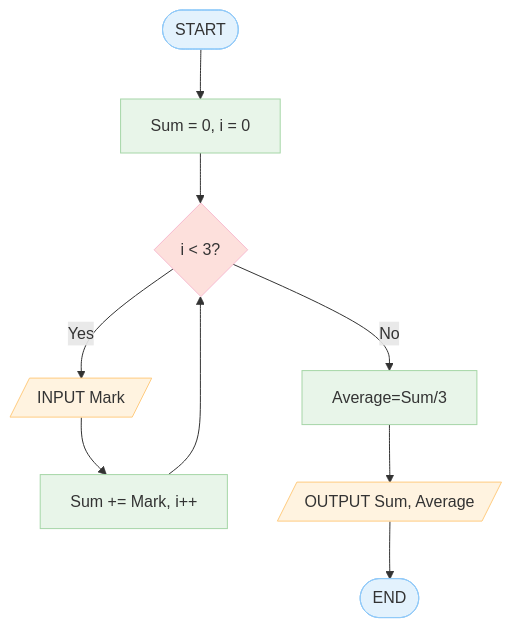
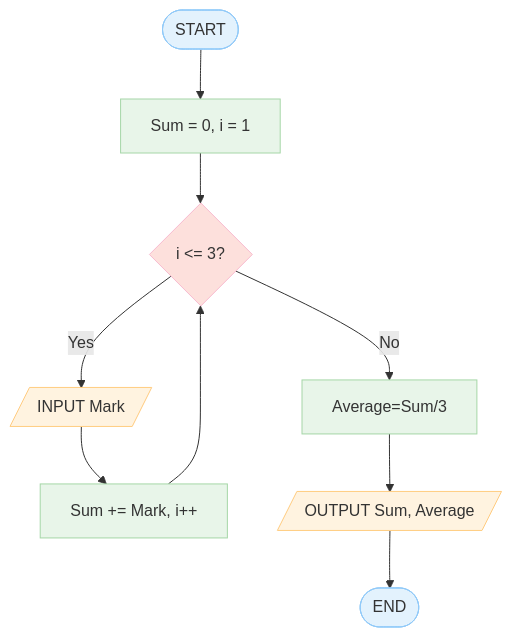
One commit to IsaVII/2_Alogritm-Flowchart changed the second of 4 diagrams in Algorithm-Flowchart-Workshop.md. Above: the diagram before and after it, drawn with Mermaid. The commit also changed other lines of this file, not shown here.

````diff
--- a/Algorithm-Flowchart-Workshop.md
+++ b/Algorithm-Flowchart-Workshop.md
@@ -81,22 +81,22 @@
 ```mermaid
 flowchart TD
     A([START]):::term-->
-    B[Sum = 0, i = 0]:::proc
-    B --> C{i < 3?}:::dec
+    B[Sum = 0, i = 1]:::proc
+    B --> C{i <= 3?}:::dec
     C --> |Yes| D[/INPUT Mark/]:::io
     D --> E[Sum += Mark, i++]:::proc
     E --> C
     
     C --> |No| F[Average=Sum/3]:::proc
     F --> G[/OUTPUT Sum, Average/]:::io
     G-->H([END]):::term
   
   classDef term fill:#e3f2fd,stroke:#90caf9,color:#333,stroke-width:1px;
   classDef io fill:#fff3e0,stroke:#ffcc80,color:#333,stroke-width:1px;
   classDef proc fill:#e8f5e9,stroke:#a5d6a7,color:#333,stroke-width:1px;
   classDef dec fill:#fde0dc,stroke:#f8bbd0,color:#333,stroke-width:1px;
   classDef pre fill:#ede7f6,stroke:#b39ddb,color:#333,stroke-width:1px;
   classDef conn fill:#f5f5f5,stroke:#bdbdbd,color:#333,stroke-width:1px;
   classDef hide fill:none,stroke:none,color:none;
   classDef label fill:none,stroke:none,color:#333,text-align:center;
 ```
````
